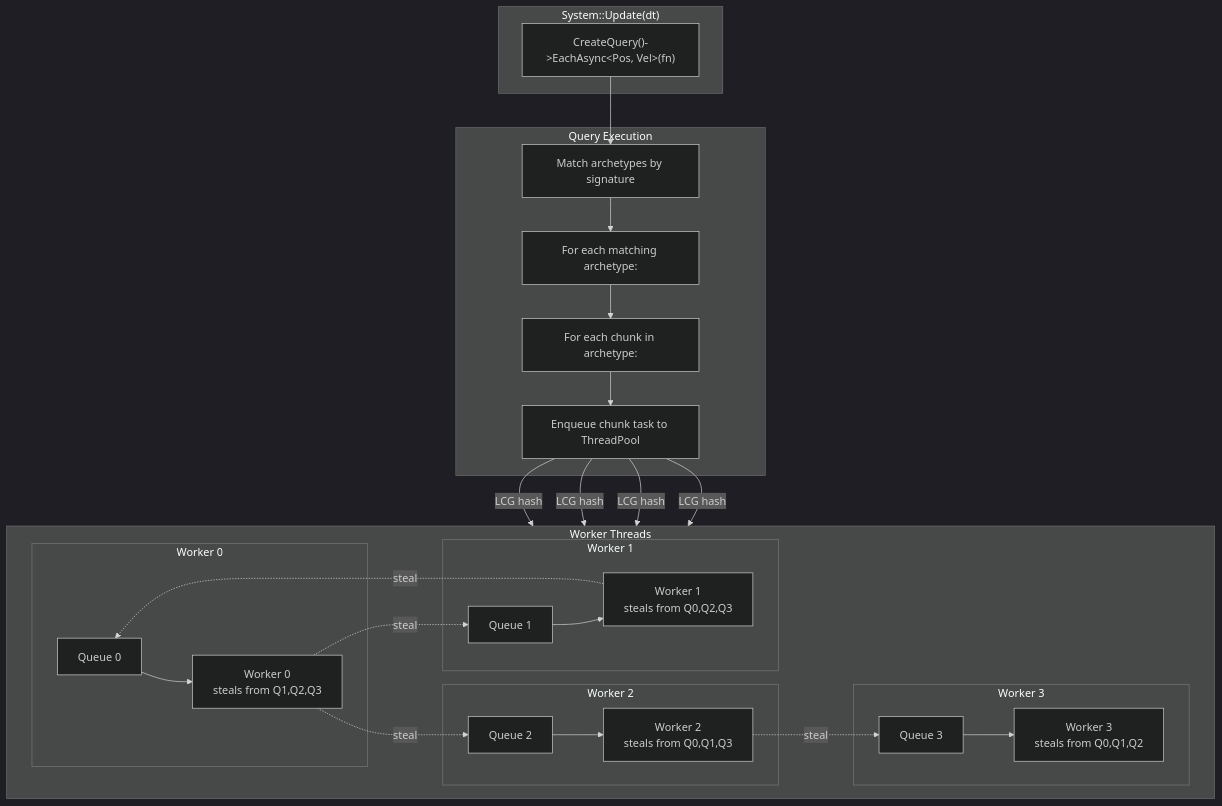
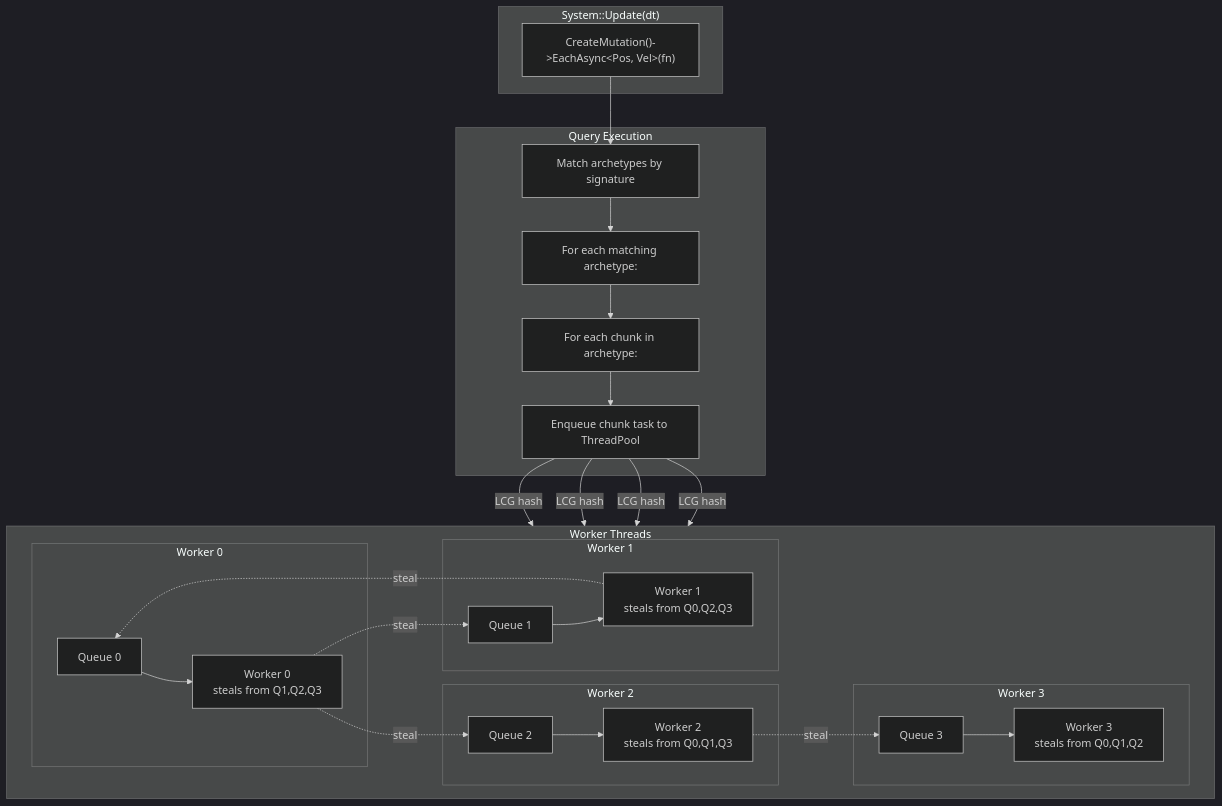
One commit to gilmar-sales/Freyr changed the first of 2 diagrams in docs/guides/parallel-processing.md. Above: the diagram before and after it, drawn with Mermaid (dark theme). The commit also changed other lines of this file and 24 other files, not shown here.

````diff
--- a/docs/guides/parallel-processing.md
+++ b/docs/guides/parallel-processing.md
@@ -10,44 +10,44 @@
 ```mermaid
 graph TB
     subgraph System["System::Update(dt)"]
-        Q["CreateQuery()->EachAsync&lt;Pos, Vel&gt;(fn)"]
+        Q["CreateMutation()->EachAsync&lt;Pos, Vel&gt;(fn)"]
     end
 
     subgraph QueryExec["Query Execution"]
         M["Match archetypes by signature"]
         C["For each matching archetype:"]
         CHUNKS["For each chunk in archetype:"]
         TASK["Enqueue chunk task to ThreadPool"]
     end
 
     subgraph Workers["Worker Threads"]
         direction LR
 
         subgraph Pool0["Worker 0"]
             Q0["Queue 0"] --> W0["Worker 0<br/>steals from Q1,Q2,Q3"]
         end
 
         subgraph Pool1["Worker 1"]
             Q1["Queue 1"] --> W1["Worker 1<br/>steals from Q0,Q2,Q3"]
         end
 
         subgraph Pool2["Worker 2"]
             Q2["Queue 2"] --> W2["Worker 2<br/>steals from Q0,Q1,Q3"]
         end
 
         subgraph Pool3["Worker 3"]
             Q3["Queue 3"] --> W3["Worker 3<br/>steals from Q0,Q1,Q2"]
         end
     end
 
     Q --> M --> C --> CHUNKS --> TASK
     TASK -->|LCG hash| Q0
     TASK -->|LCG hash| Q1
     TASK -->|LCG hash| Q2
     TASK -->|LCG hash| Q3
     W0 -.->|steal| Q1
     W0 -.->|steal| Q2
     W1 -.->|steal| Q0
     W2 -.->|steal| Q3
 
 ```
````
